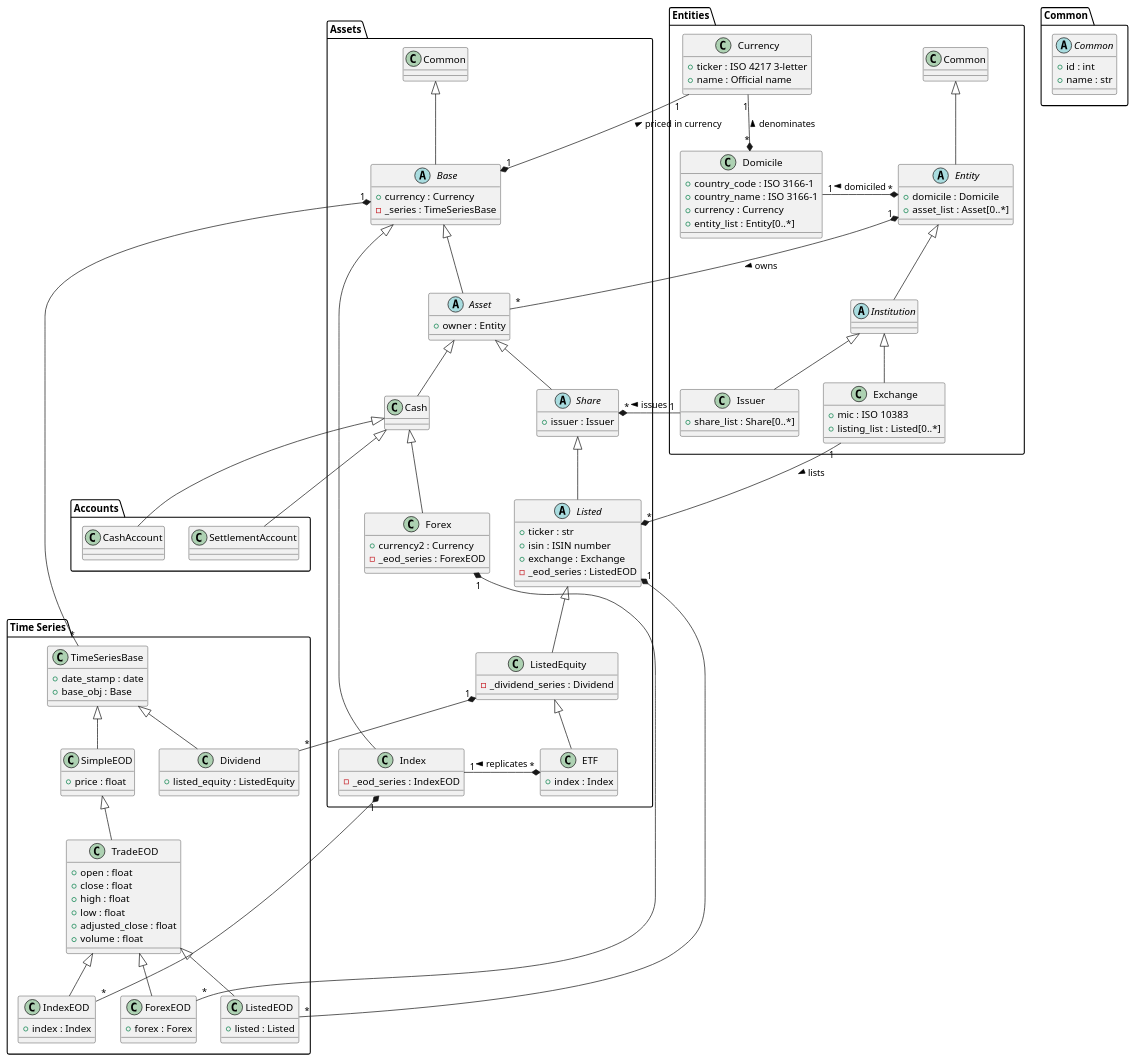
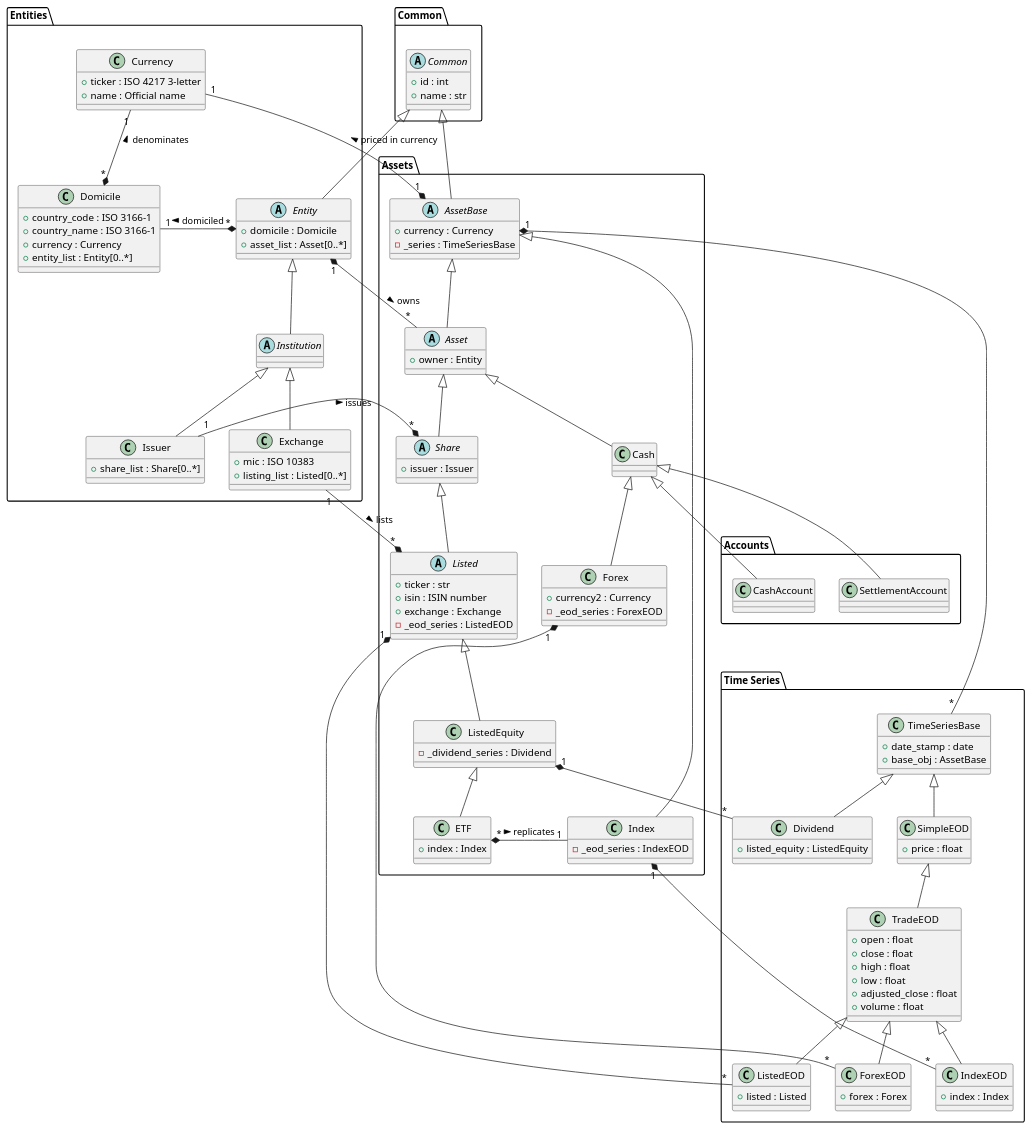
Before and after one commit to justinsolms/asset_base: the diagram in asset_base.wsd, drawn with PlantUML. The commit also changed 1 other file, not shown here.

Commit message:
refactor: update UML relationships and rename Base to AssetBase for clarity

```diff
--- a/asset_base.wsd
+++ b/asset_base.wsd
@@ -1,195 +1,194 @@
 @startuml asset_base
 
 top to bottom direction
 
-'skinparam handwritten true
 
 ' Class definitions
 
 package "Common" {
 
     abstract       Common {
         +id : int
         +name : str
     }
 
 }
 
 package "Entities" {
 
     class       Domicile {
         +country_code : ISO 3166-1
         +country_name : ISO 3166-1
         +currency : Currency
         +entity_list : Entity[0..*]
     }
 
     class       Currency {
         +ticker : ISO 4217 3-letter
         +name : Official name
     }
 
     abstract    Entity {
         +domicile : Domicile
         +asset_list : Asset[0..*]
     }
 
     abstract    Institution
 
     class       Issuer {
         +share_list : Share[0..*]
     }
 
     class       Exchange {
         +mic : ISO 10383
         +listing_list : Listed[0..*]
     }
 
     ' Common inheritance
-    Common <|-- Entity
+    Common.Common <|-- Entity
 
     ' Domicile and Currency
     Currency "1" --* "*" Domicile : < denominates
     Domicile "1" -r-* "*" Entity : < domiciled
 
     ' Entities
     Entity <|-- Institution
     Institution <|-- Exchange
     Institution <|-- Issuer
 
 }
 
 package "Assets" {
 
-    abstract    Base {
+    abstract    AssetBase {
         +currency : Currency
         -_series : TimeSeriesBase
     }
 
     abstract    Asset {
         +owner : Entity
     }
 
     class       Cash {
     }
 
     class       Forex {
         +currency2 : Currency
         -_eod_series : ForexEOD
     }
 
     class Index {
         -_eod_series : IndexEOD
     }
 
     abstract    Share {
         +issuer : Issuer
     }
 
     abstract    Listed {
         +ticker : str
         +isin : ISIN number
         +exchange : Exchange
         -_eod_series : ListedEOD
     }
 
     class       ListedEquity {
         -_dividend_series : Dividend
     }
 
     class       ETF {
         +index : Index
     }
 
     ' Common inheritance
-    Common <|-- Base
+    Common.Common <|-- AssetBase
 
     ' Assets
-    Base <|-- Asset
+    AssetBase <|-- Asset
+    AssetBase <|-- Index
     Asset <|-- Share
     Asset <|-- Cash
     Cash <|-- Forex
-    Base <|-- Index
     Share <|-- Listed
     Listed <|-- ListedEquity
     ListedEquity <|-- ETF
 
 }
 
 package "Accounts" {
 
     class CashAccount
 
     class SettlementAccount
 
     Assets.Cash <|-- CashAccount
     Assets.Cash <|-- SettlementAccount
 
 }
 
 package "Time Series" {
 
     class TimeSeriesBase {
         +date_stamp : date
-        +base_obj : Base
+        +base_obj : AssetBase
     }
 
     class Dividend {
         +listed_equity : ListedEquity
     }
 
     class SimpleEOD {
         +price : float
     }
 
     class TradeEOD {
         +open : float
         +close : float
         +high : float
         +low : float
         +adjusted_close : float
         +volume : float
 
     }
 
     class ForexEOD {
         +forex : Forex
     }
 
     class IndexEOD {
         +index : Index
     }
 
     class ListedEOD {
         +listed : Listed
     }
 
     ' Time Series
     TimeSeriesBase <|-- SimpleEOD
     SimpleEOD <|-- TradeEOD
     TradeEOD <|-- ListedEOD
     TradeEOD <|-- ForexEOD
     TradeEOD <|-- IndexEOD
     TimeSeriesBase <|-- Dividend
 
 }
 
 ' Pricing
-Currency "1" --* "1" Base : < priced in currency
+Currency "1" --* "1" AssetBase : < priced in currency
 
 ' Entities to Assets relationships
 Entity "1" *-- "*" Asset : > owns
 Issuer "1" -l-* "*" Share : > issues
 Exchange "1" -l-* "*" Listed : > lists
 
 ' Asset to Asset relationships
 ETF "*" *-r- "1" Index : > replicates
 
 ' Asset to Time Series relationships
-Base "1" *-- "*" TimeSeriesBase
+AssetBase "1" *-- "*" TimeSeriesBase
 Listed "1" *-- "*" ListedEOD
 Forex "1" *-- "*" ForexEOD
 Index "1" *-- "*" IndexEOD
 ListedEquity "1" *-- "*" Dividend
 
 @enduml
```
